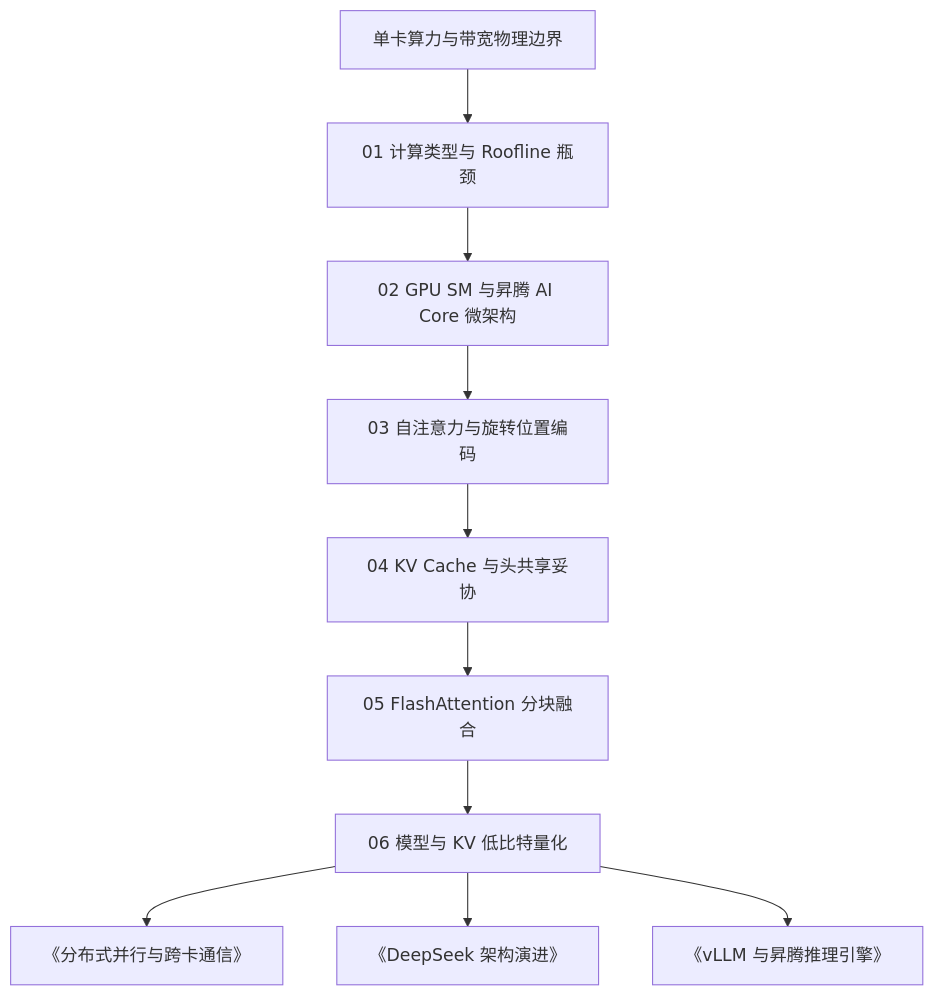
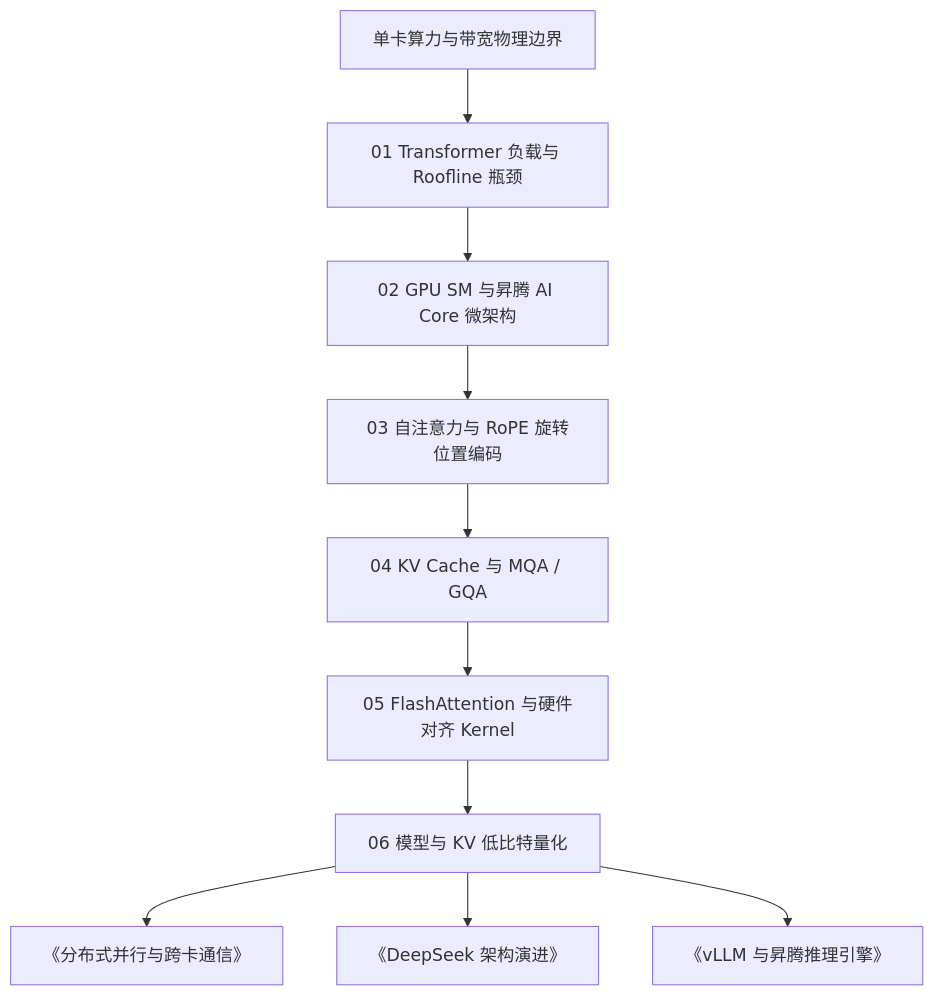
One commit to xingcanlee/infra-note changed the diagram in src/content/posts/foundations/index.mdx. Above: the diagram before and after it, drawn with Mermaid. The commit also changed other lines of this file and 60 other files, not shown here.

````diff
--- a/src/content/posts/foundations/index.mdx
+++ b/src/content/posts/foundations/index.mdx
@@ -16,12 +16,12 @@
 ```mermaid caption="图 1：推理与异构硬件基础六章演进路线"
 flowchart TD
-    S["单卡算力与带宽物理边界"] --> C1["01 计算类型与 Roofline 瓶颈"]
+    S["单卡算力与带宽物理边界"] --> C1["01 Transformer 负载与 Roofline 瓶颈"]
     C1 --> C2["02 GPU SM 与昇腾 AI Core 微架构"]
-    C2 --> C3["03 自注意力与旋转位置编码"]
-    C3 --> C4["04 KV Cache 与头共享妥协"]
-    C4 --> C5["05 FlashAttention 分块融合"]
+    C2 --> C3["03 自注意力与 RoPE 旋转位置编码"]
+    C3 --> C4["04 KV Cache 与 MQA / GQA"]
+    C4 --> C5["05 FlashAttention 与硬件对齐 Kernel"]
     C5 --> C6["06 模型与 KV 低比特量化"]
     C6 --> D["《分布式并行与跨卡通信》"]
     C6 --> DS["《DeepSeek 架构演进》"]
     C6 --> V["《vLLM 与昇腾推理引擎》"]
 ```
````
